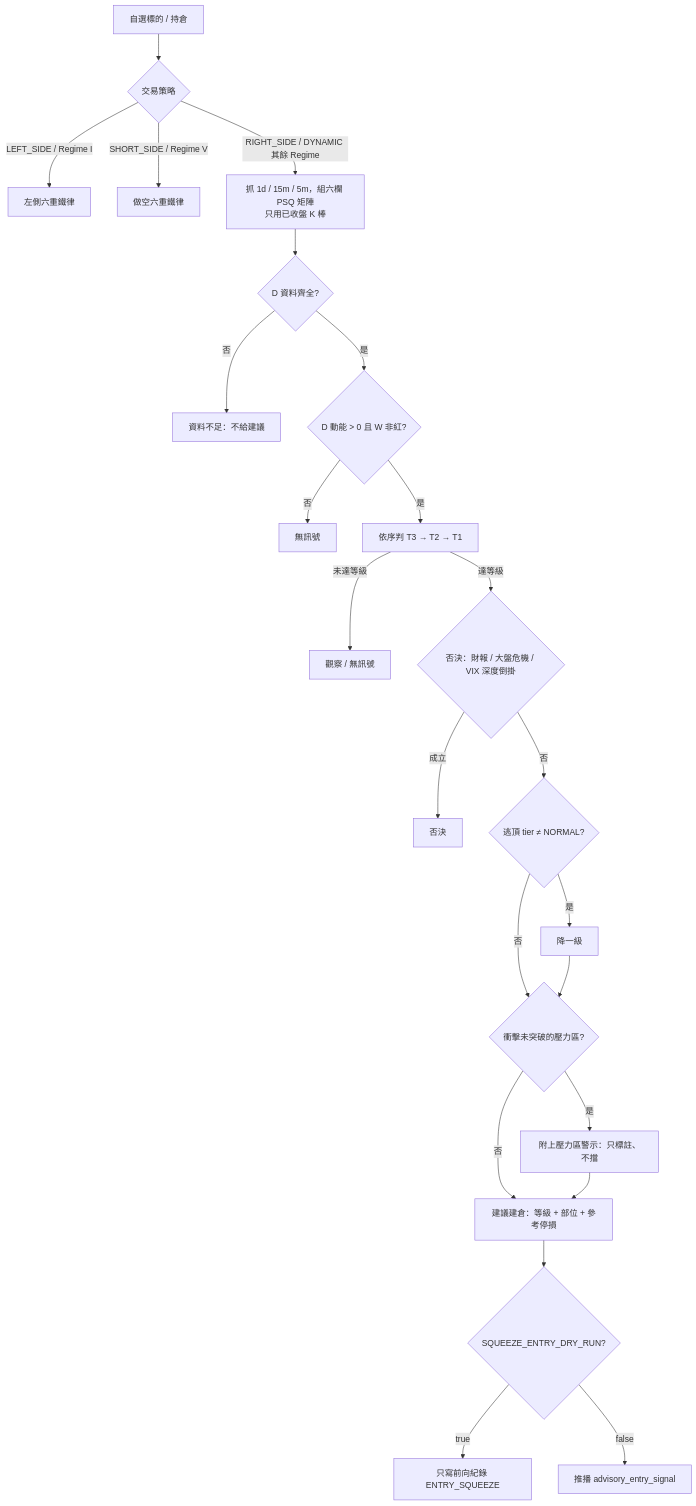
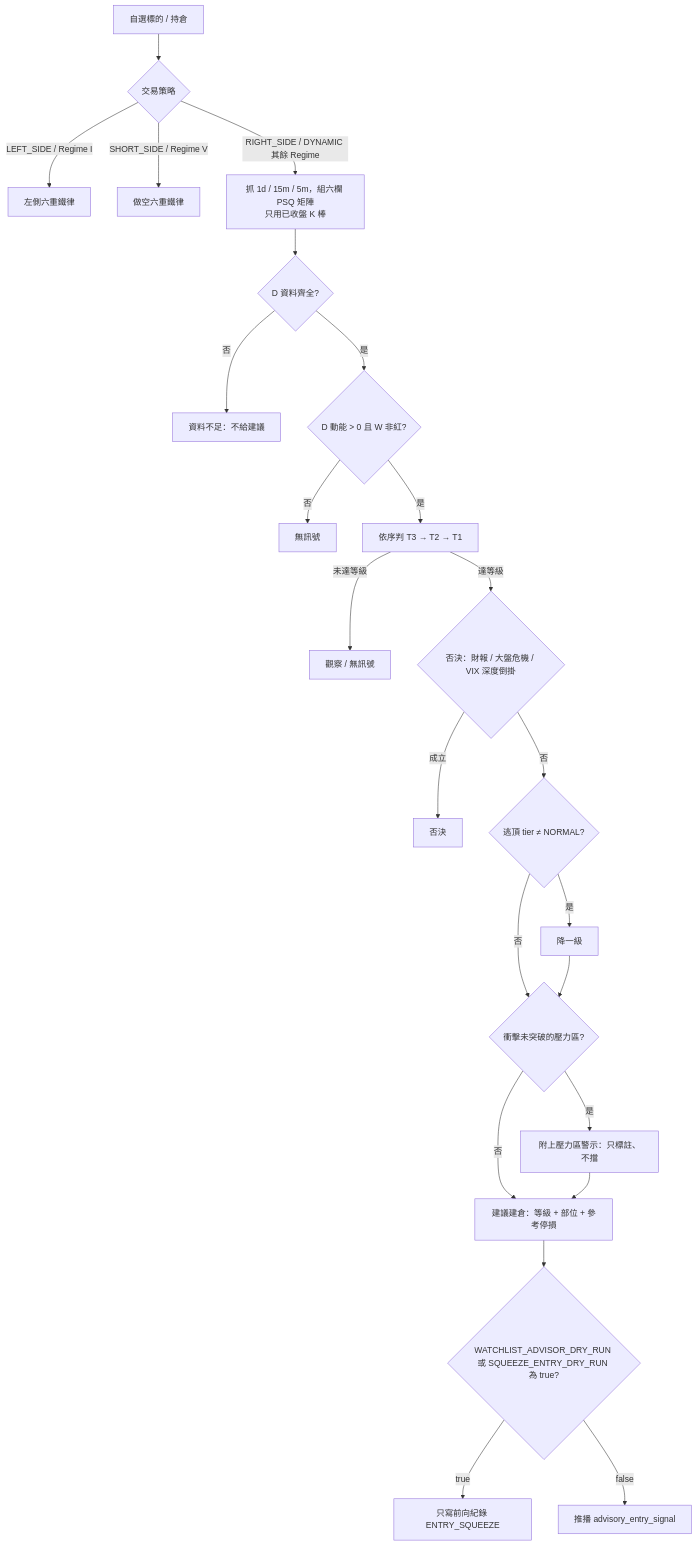
The diagram in docs/strategies/10_multi_timeframe_squeeze_entry.md (cosmo-chang-1701/nexus-seeker), drawn with Mermaid before and after one commit. The commit also changed other lines of this file and 6 other files, not shown here.

````diff
--- a/docs/strategies/10_multi_timeframe_squeeze_entry.md
+++ b/docs/strategies/10_multi_timeframe_squeeze_entry.md
@@ -104,25 +104,25 @@
 ```mermaid
 flowchart TD
     A[自選標的 / 持倉] --> B{交易策略}
     B -- LEFT_SIDE / Regime I --> L[左側六重鐵律]
     B -- SHORT_SIDE / Regime V --> S[做空六重鐵律]
     B -- RIGHT_SIDE / DYNAMIC 其餘 Regime --> M[抓 1d / 15m / 5m，組六欄 PSQ 矩陣<br/>只用已收盤 K 棒]
     M --> D{D 資料齊全?}
     D -- 否 --> X[資料不足：不給建議]
     D -- 是 --> P{D 動能 > 0 且 W 非紅?}
     P -- 否 --> N[無訊號]
     P -- 是 --> G[依序判 T3 → T2 → T1]
     G -- 未達等級 --> W[觀察 / 無訊號]
     G -- 達等級 --> V{否決：財報 / 大盤危機 / VIX 深度倒掛}
     V -- 成立 --> VX[否決]
     V -- 否 --> DG{逃頂 tier ≠ NORMAL?}
     DG -- 是 --> DN[降一級]
     DG -- 否 --> R
     DN --> R{衝擊未突破的壓力區?}
     R -- 是 --> RW[附上壓力區警示：只標註、不擋]
     R -- 否 --> E[建議建倉：等級 + 部位 + 參考停損]
     RW --> E
-    E --> DR{SQUEEZE_ENTRY_DRY_RUN?}
+    E --> DR{WATCHLIST_ADVISOR_DRY_RUN 或 SQUEEZE_ENTRY_DRY_RUN 為 true?}
     DR -- true --> FL[只寫前向紀錄 ENTRY_SQUEEZE]
     DR -- false --> PUSH[推播 advisory_entry_signal]
 ```
````
